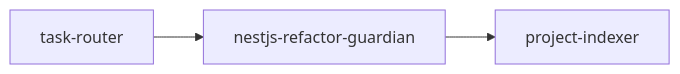
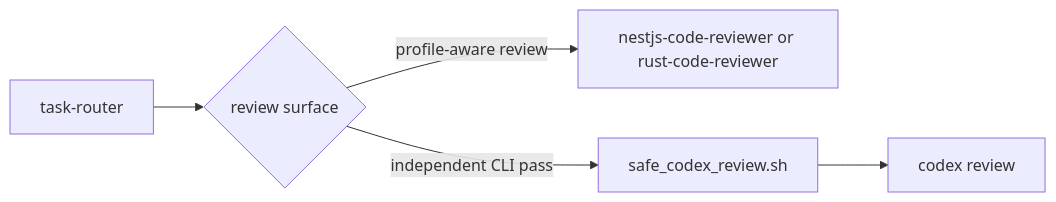
Before and after one commit to HoanDo95/CodexMinimal: the sixth of 8 diagrams in README.md, drawn with Mermaid. The commit also changed other lines of this file and 1 other file, not shown here.

````diff
--- a/README.md
+++ b/README.md
@@ -146,5 +113,7 @@
 ```mermaid
 flowchart LR
-    A[task-router] --> B[nestjs-refactor-guardian]
-    B --> C[project-indexer]
+    A[task-router] --> B{review surface}
+    B -->|profile-aware review| C[nestjs-code-reviewer or rust-code-reviewer]
+    B -->|independent CLI pass| D[safe_codex_review.sh]
+    D --> E[codex review]
 ```
````
